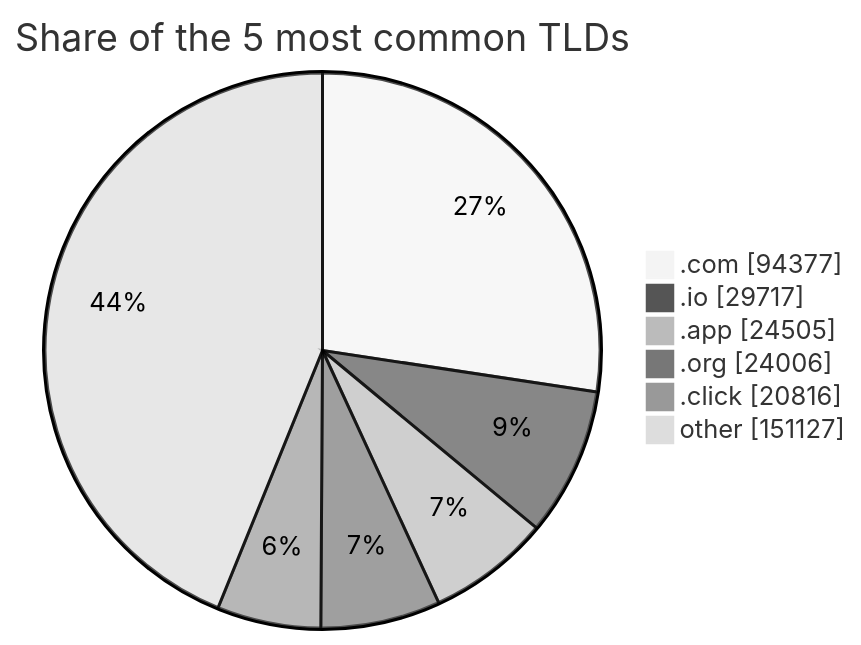
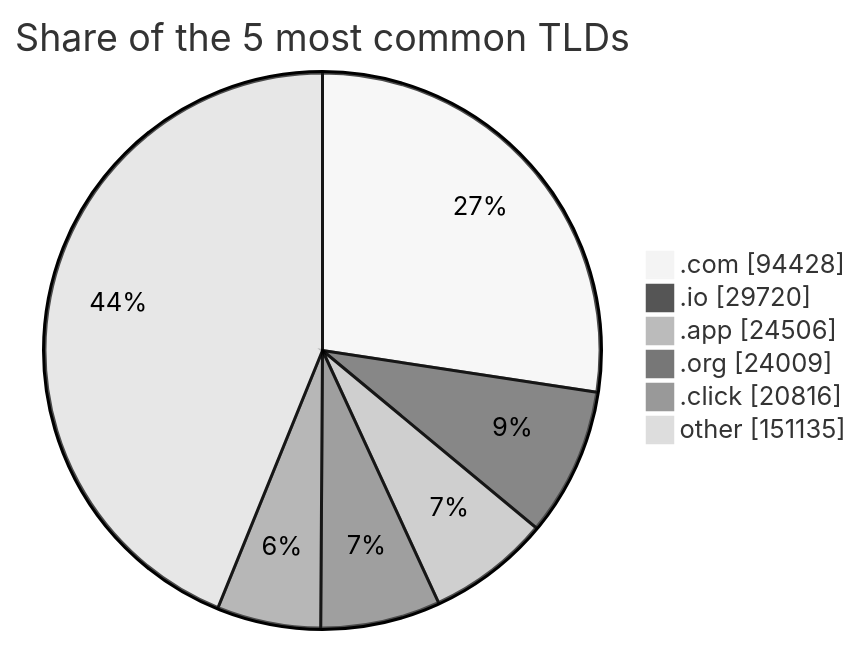
Before and after one commit to DNSBunker/CTI: the third of 3 diagrams in README.md, drawn with Mermaid (neutral theme). The commit also changed other lines of this file and 3 other files, not shown here.

````diff
--- a/README.md
+++ b/README.md
@@ -81,9 +81,9 @@
 ```mermaid
 pie showData title Share of the 5 most common TLDs
-    ".com" : 94377
-    ".io" : 29717
-    ".app" : 24505
-    ".org" : 24006
+    ".com" : 94428
+    ".io" : 29720
+    ".app" : 24506
+    ".org" : 24009
     ".click" : 20816
-    "other" : 151127
+    "other" : 151135
 ```
````
